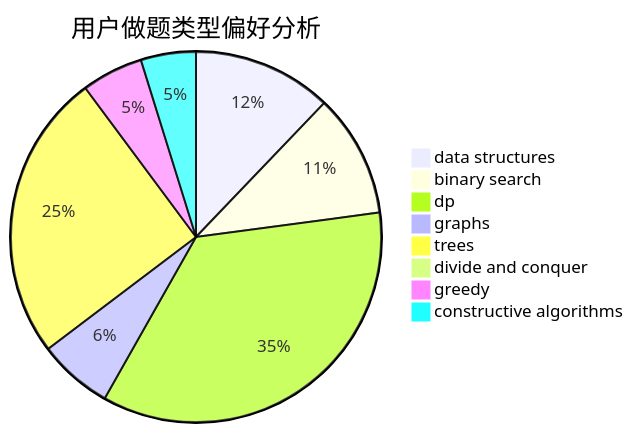
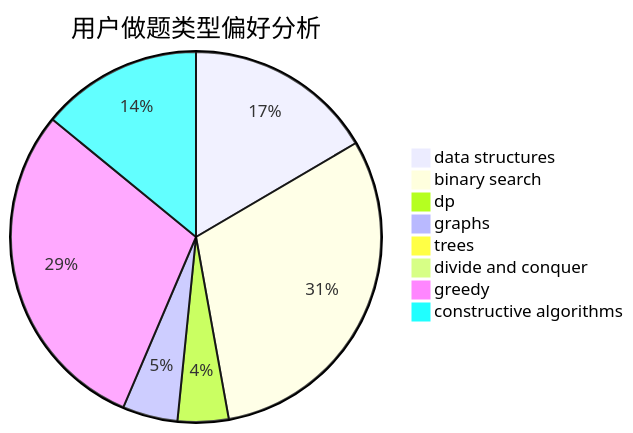
One commit to sherpahu/cfrs.github.io changed the second of 3 diagrams in docs/user/u1696.md. Above: the diagram before and after it, drawn with Mermaid. The commit also changed other lines of this file and 2770 other files, not shown here.

````diff
--- a/docs/user/u1696.md
+++ b/docs/user/u1696.md
@@ -23,11 +23,11 @@
 ```mermaid
 pie title 用户做题类型偏好分析
-    "data structures" :  43
-    "binary search" :  38
-    "dp" :  125
-    "graphs" :  23
-    "trees" :  89
-    "divide and conquer" :  0
-    "greedy" :  19
-    "constructive algorithms" :  17
+    "data structures" :  134
+    "binary search" :  248
+    "dp" :  36
+    "graphs" :  39
+    "trees" :  1
+    "divide and conquer" :  1
+    "greedy" :  239
+    "constructive algorithms" :  114
 ```
````
